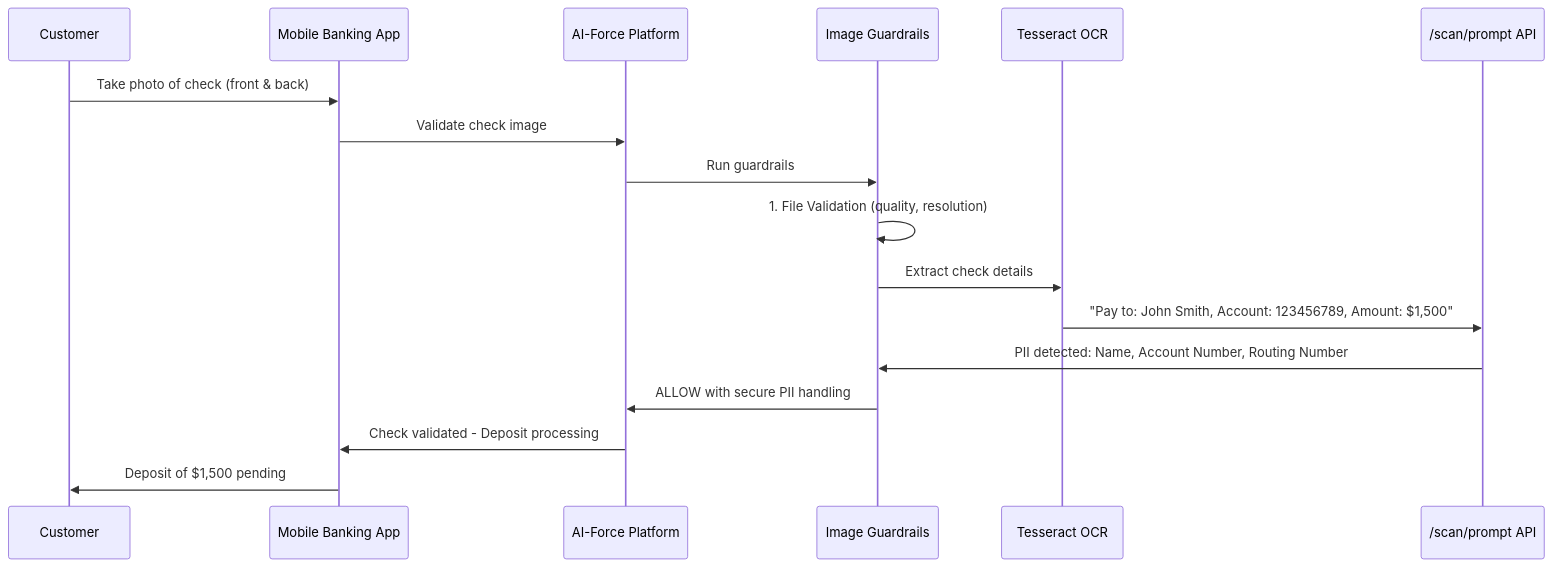
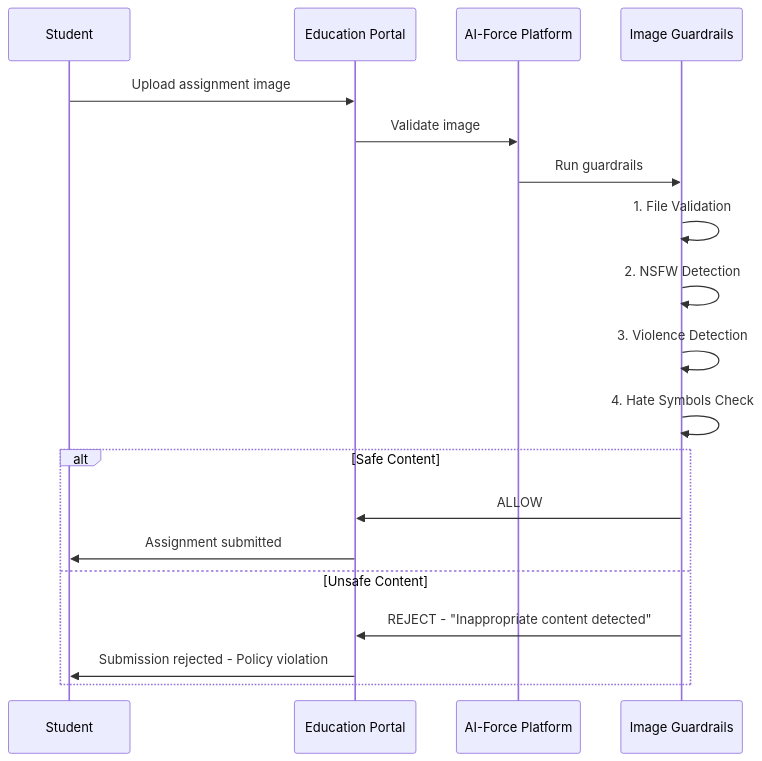
The first of 5 diagrams in docs/DEMO_USE_CASES.md (ashoktallapelli/guardrails), drawn with Mermaid before and after one commit. The commit also changed other lines of this file, not shown here.

````diff
--- a/docs/DEMO_USE_CASES.md
+++ b/docs/DEMO_USE_CASES.md
@@ -20,22 +20,24 @@
 ```mermaid
 sequenceDiagram
-    participant Customer
-    participant App as Mobile Banking App
+    participant Student
+    participant Portal as Education Portal
     participant Platform as AI-Force Platform
     participant Guard as Image Guardrails
-    participant OCR as Tesseract OCR
-    participant PII as /scan/prompt API
 
-    Customer->>App: Take photo of check (front & back)
-    App->>Platform: Validate check image
+    Student->>Portal: Upload assignment image
+    Portal->>Platform: Validate image
     Platform->>Guard: Run guardrails
 
-    Guard->>Guard: 1. File Validation (quality, resolution)
-    Guard->>OCR: Extract check details
-    OCR->>PII: "Pay to: John Smith, Account: 123456789, Amount: $1,500"
-    PII->>Guard: PII detected: Name, Account Number, Routing Number
+    Guard->>Guard: 1. File Validation
+    Guard->>Guard: 2. NSFW Detection
+    Guard->>Guard: 3. Violence Detection
+    Guard->>Guard: 4. Hate Symbols Check
 
-    Guard->>Platform: ALLOW with secure PII handling
-    Platform->>App: Check validated - Deposit processing
-    App->>Customer: Deposit of $1,500 pending
+    alt Safe Content
+        Guard->>Portal: ALLOW
+        Portal->>Student: Assignment submitted
+    else Unsafe Content
+        Guard->>Portal: REJECT - "Inappropriate content detected"
+        Portal->>Student: Submission rejected - Policy violation
+    end
 ```
````
